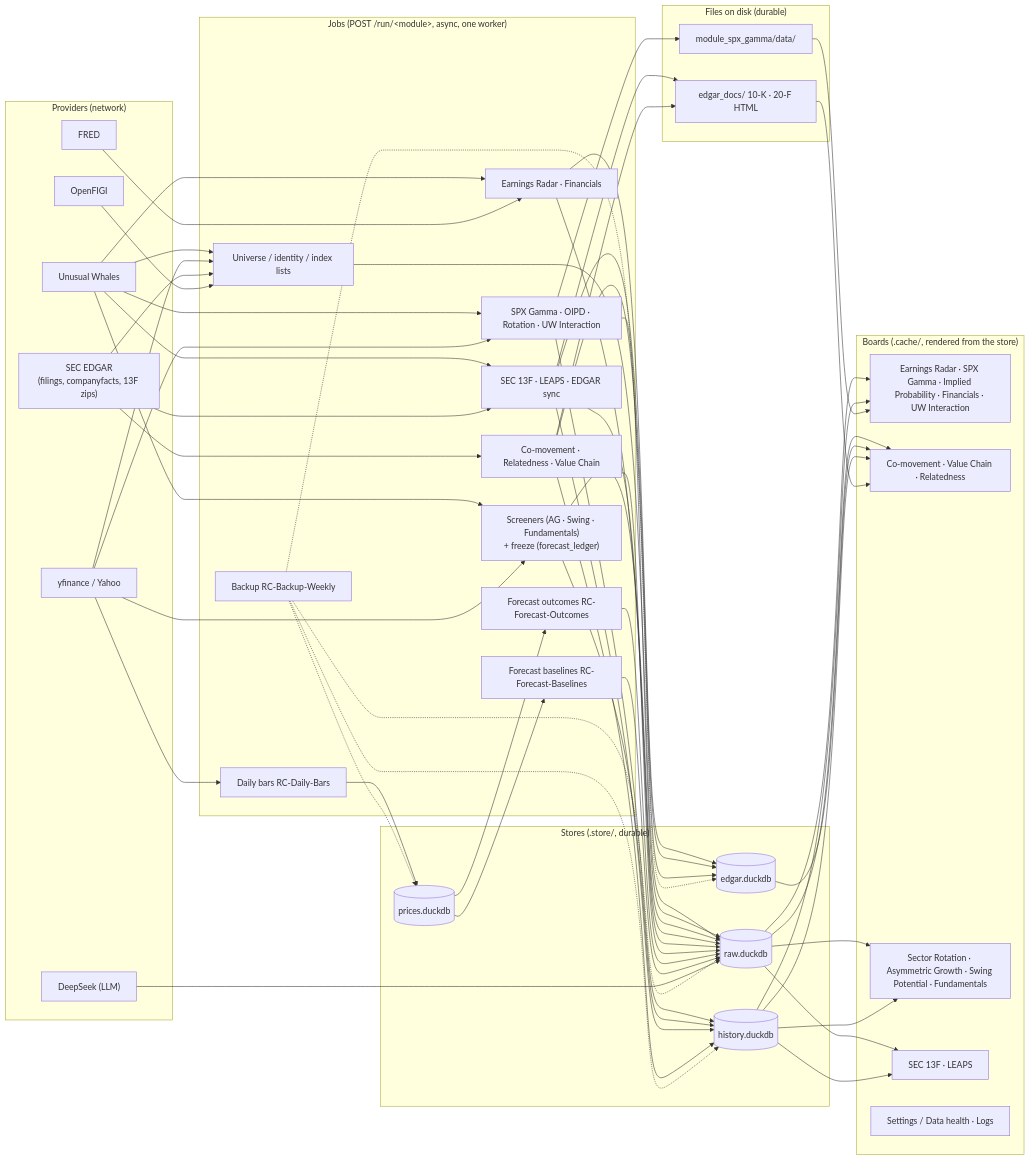
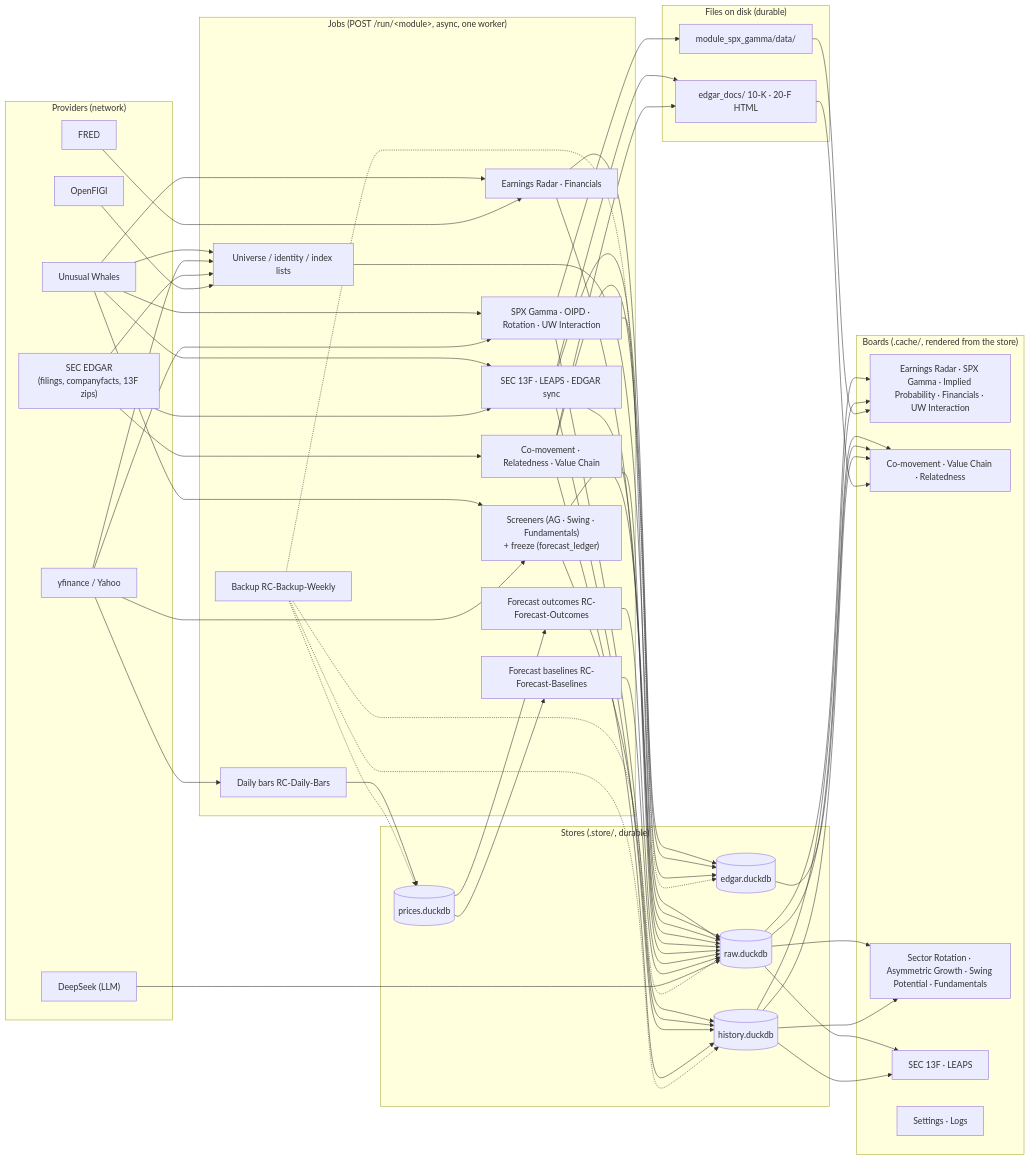
The diagram in docs/system_map.md (alsanvolkan/RevenueChaser-public), drawn with Mermaid before and after one commit. The commit also changed 18 other files, not shown here.

````diff
--- a/docs/system_map.md
+++ b/docs/system_map.md
@@ -81,71 +81,71 @@
 ```mermaid
 flowchart LR
     subgraph providers["Providers (network)"]
         UW["Unusual Whales"]
         YF["yfinance / Yahoo"]
         SEC["SEC EDGAR<br/>(filings, companyfacts, 13F zips)"]
         FRED["FRED"]
         OF["OpenFIGI"]
         DS["DeepSeek (LLM)"]
     end
 
     subgraph jobs["Jobs (POST /run/&lt;module&gt;, async, one worker)"]
         UNI["Universe / identity / index lists"]
         MKT["SPX Gamma · OIPD · Rotation · UW Interaction"]
         SCR["Screeners (AG · Swing · Fundamentals)<br/>+ freeze (forecast_ledger)"]
         ERN["Earnings Radar · Financials"]
         OWN["SEC 13F · LEAPS · EDGAR sync"]
         COM["Co-movement · Relatedness · Value Chain"]
         BAR["Daily bars RC-Daily-Bars"]
         OUT["Forecast outcomes RC-Forecast-Outcomes"]
         BAS["Forecast baselines RC-Forecast-Baselines"]
         BAK["Backup RC-Backup-Weekly"]
     end
 
     subgraph stores["Stores (.store/, durable)"]
         RAW[("raw.duckdb")]
         EDGAR[("edgar.duckdb")]
         PRICES[("prices.duckdb")]
         HIST[("history.duckdb")]
     end
 
     subgraph files["Files on disk (durable)"]
         EDOCS["edgar_docs/ 10-K · 20-F HTML"]
         SPXTREE["module_spx_gamma/data/"]
     end
 
     subgraph boards["Boards (.cache/, rendered from the store)"]
         B_RESEARCH["Earnings Radar · SPX Gamma · Implied Probability · Financials · UW Interaction"]
         B_CLASS["Co-movement · Value Chain · Relatedness"]
         B_SCREEN["Sector Rotation · Asymmetric Growth · Swing Potential · Fundamentals"]
         B_OWN["SEC 13F · LEAPS"]
-        B_OPS["Settings / Data health · Logs"]
+        B_OPS["Settings · Logs"]
     end
 
     UW --> MKT & SCR & ERN & OWN & UNI
     YF --> UNI & MKT & SCR & BAR
     SEC --> OWN & UNI & COM
     FRED --> ERN
     OF --> UNI
 
     UNI --> RAW
     MKT --> RAW & SPXTREE & HIST
     SCR --> RAW & HIST
     ERN --> RAW & EDGAR
     OWN --> RAW & EDGAR & EDOCS & HIST
     COM --> RAW & EDGAR & EDOCS & HIST
     BAR --> PRICES
     OUT --> RAW
     BAS --> RAW
     DS --> RAW
 
     RAW --> B_RESEARCH & B_CLASS & B_SCREEN & B_OWN
     EDGAR --> B_CLASS
     PRICES --> OUT
     PRICES --> BAS
     HIST --> B_RESEARCH & B_CLASS & B_SCREEN & B_OWN
     EDOCS --> B_CLASS
     SPXTREE --> B_RESEARCH
 
     BAK -.-> RAW & EDGAR & PRICES & HIST
 ```
````
